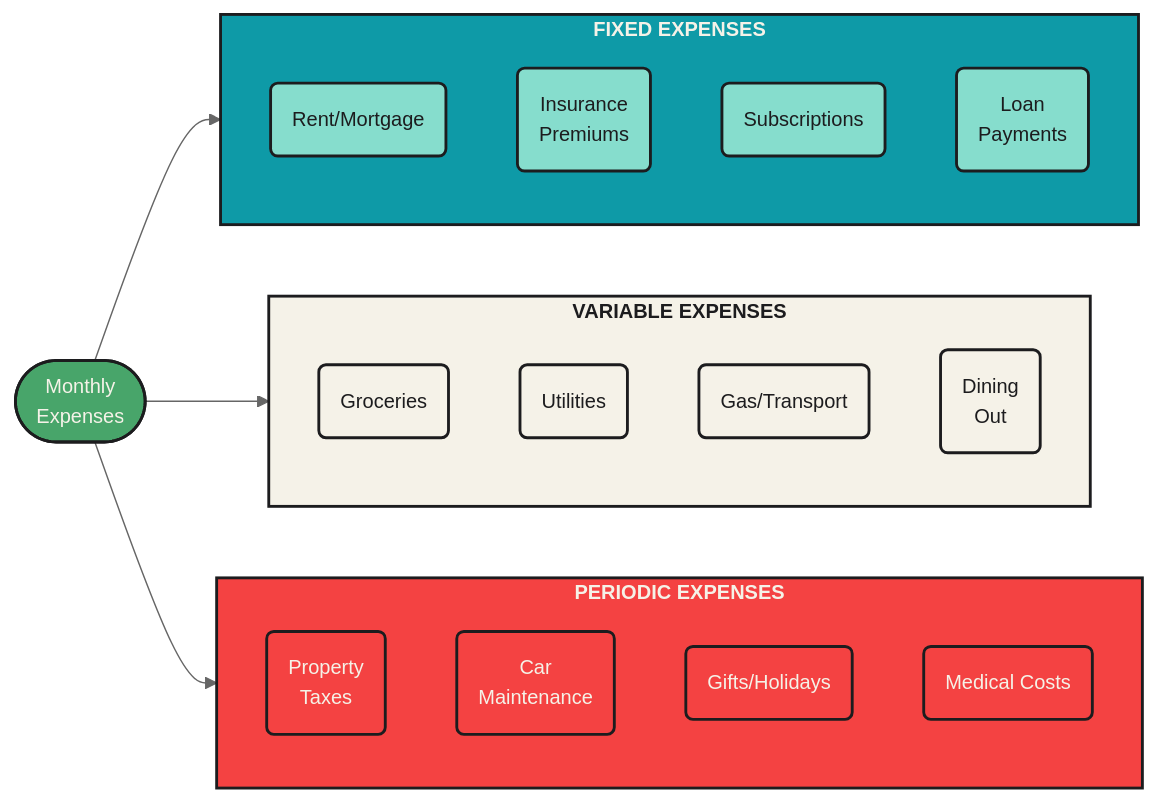
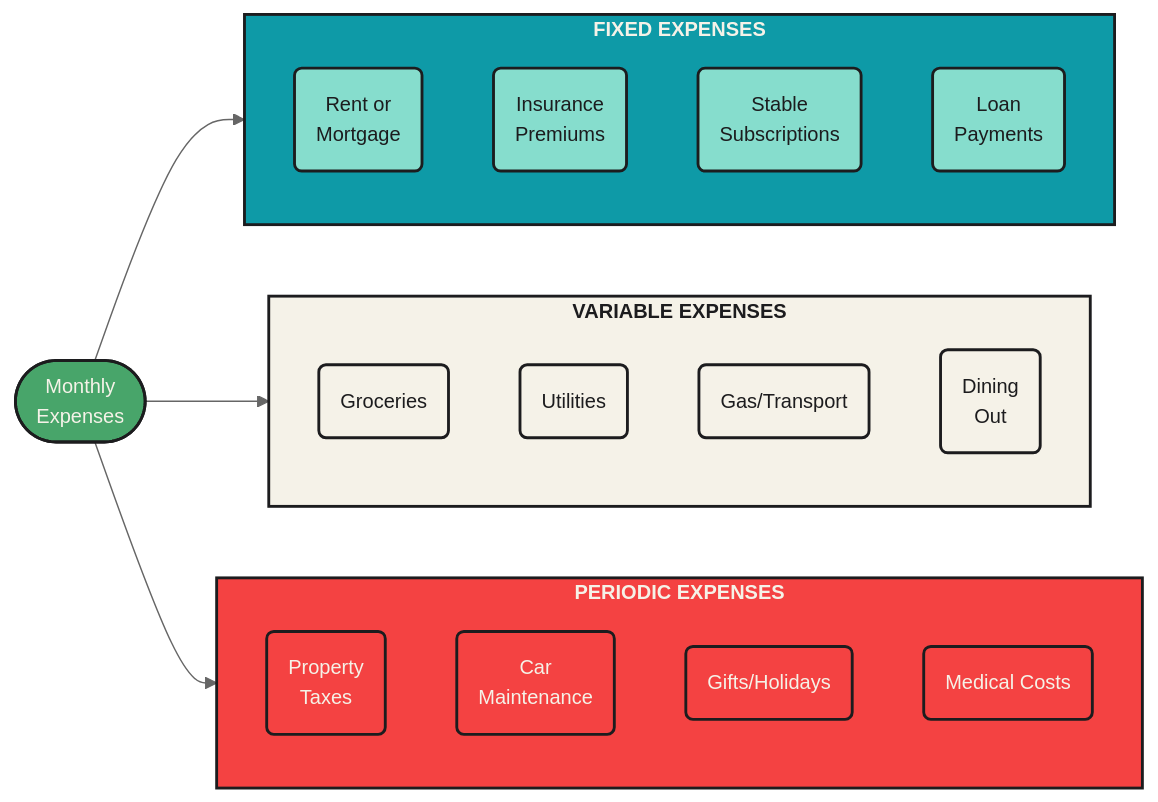
The first of 4 diagrams in budgeting.qmd (mjfrigaard/fm-finance), drawn with Mermaid before and after one commit. The commit also changed other lines of this file and 4 other files, not shown here.

````diff
--- a/budgeting.qmd
+++ b/budgeting.qmd
@@ -77,56 +77,56 @@
 ```{mermaid}
 %%| fig-cap: 'Fixed vs. Variable Expenses'
 %%| fig-align: center
 %%{init: {'theme': 'neutral', 'themeVariables': { 'fontFamily': 'monospace', "fontSize":"14px", 'ganttNumberSectionStyles': 4}}}%%
 
 flowchart LR
 
     Expenses(["Monthly<br>Expenses"])
     
     subgraph Fixed["<strong>FIXED EXPENSES</strong>"]
-        Rent("Rent/Mortgage")
+        Rent("Rent or<br>Mortgage")
         Insurance("Insurance<br>Premiums")
-        Subs("Subscriptions")
+        Subs("Stable<br>Subscriptions")
         Loans("Loan<br>Payments")
     end
     
     subgraph Variable["<strong>VARIABLE EXPENSES</strong>"]
         Groceries("Groceries")
         Utilities("Utilities")
         Gas("Gas/Transport")
         Dining("Dining<br>Out")
     end
 
     subgraph Periodic["<strong>PERIODIC EXPENSES</strong>"]
         Taxes("Property<br>Taxes")
         CarMaint("Car<br>Maintenance")
         Gifts("Gifts/Holidays")
         Medical("Medical Costs")
     end
     
     Expenses --> Fixed  
     Expenses --> Variable 
     Expenses --> Periodic
     
     style Expenses fill:#48a56a,color:#F5F2E8,stroke:#1C1C1E,stroke-width:2px
     
     style Fixed fill:#0e9aa7,color:#F5F2E8,stroke:#1C1C1E,stroke-width:2px
     style Rent fill:#86ddcd,color:#1C1C1E,stroke:#1C1C1E,stroke-width:2px
     style Insurance fill:#86ddcd,color:#1C1C1E,stroke:#1C1C1E,stroke-width:2px
     style Subs fill:#86ddcd,color:#1C1C1E,stroke:#1C1C1E,stroke-width:2px
     style Loans fill:#86ddcd,color:#1C1C1E,stroke:#1C1C1E,stroke-width:2px
                         
     style Variable fill:#F5F2E8,color:#1C1C1E,stroke:#1C1C1E,stroke-width:2px
     style Groceries fill:#F5F2E8,color:#1C1C1E,stroke:#1C1C1E,stroke-width:2px
     style Utilities fill:#F5F2E8,color:#1C1C1E,stroke:#1C1C1E,stroke-width:2px
     style Gas fill:#F5F2E8,color:#1C1C1E,stroke:#1C1C1E,stroke-width:2px
     style Dining fill:#F5F2E8,color:#1C1C1E,stroke:#1C1C1E,stroke-width:2px
     
     style Periodic fill:#f44242,color:#F5F2E8,stroke:#1C1C1E,stroke-width:2px
     style Taxes fill:#f44242,color:#F5F2E8,stroke:#1C1C1E,stroke-width:2px
     style CarMaint fill:#f44242,color:#F5F2E8,stroke:#1C1C1E,stroke-width:2px
     style Gifts fill:#f44242,color:#F5F2E8,stroke:#1C1C1E,stroke-width:2px
     style Medical fill:#f44242,color:#F5F2E8,stroke:#1C1C1E,stroke-width:2px
     
     
 ```
````
